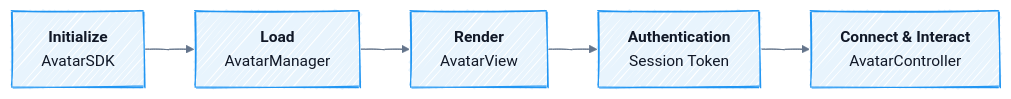
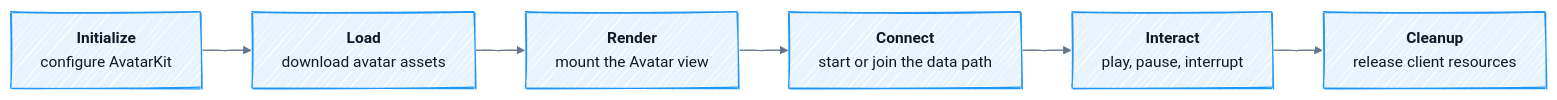
The diagram in concepts/lifecycle.mdx (spatius-ai/docs), drawn with Mermaid before and after one commit. The commit also changed other lines of this file and 59 other files, not shown here.

````diff
--- a/concepts/lifecycle.mdx
+++ b/concepts/lifecycle.mdx
@@ -11,22 +11,23 @@
 ```mermaid actions={false}
 ---
 config:
   "look": "handDrawn"
   "theme": "base"
   "themeVariables":
     "background": "#ffffff"
     "textColor": "#111827"
     "lineColor": "#64748b"
     "primaryColor": "#e8f4fd"
     "primaryTextColor": "#111827"
     "primaryBorderColor": "#2196F3"
 ---
 graph LR
-    A["<b>Initialize</b><br/>AvatarSDK"]
-    B["<b>Load</b><br/>AvatarManager"]
-    C["<b>Render</b><br/>AvatarView"]
-    D["<b>Authentication</b><br/>Session Token"]
-    E["<b>Connect & Interact</b><br/>AvatarController"]
+    A["<b>Initialize</b><br/>configure AvatarKit"]
+    B["<b>Load</b><br/>download avatar assets"]
+    C["<b>Render</b><br/>mount the Avatar view"]
+    D["<b>Connect</b><br/>start or join the data path"]
+    E["<b>Interact</b><br/>play, pause, interrupt"]
+    F["<b>Cleanup</b><br/>release client resources"]
 
-    A --> B --> C --> D --> E
+    A --> B --> C --> D --> E --> F
 ```
````
